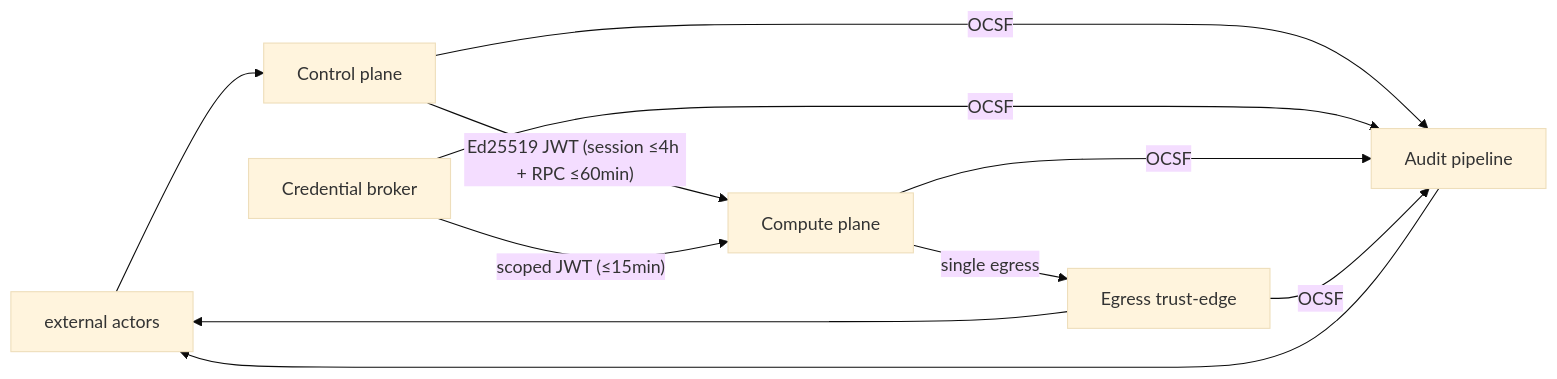
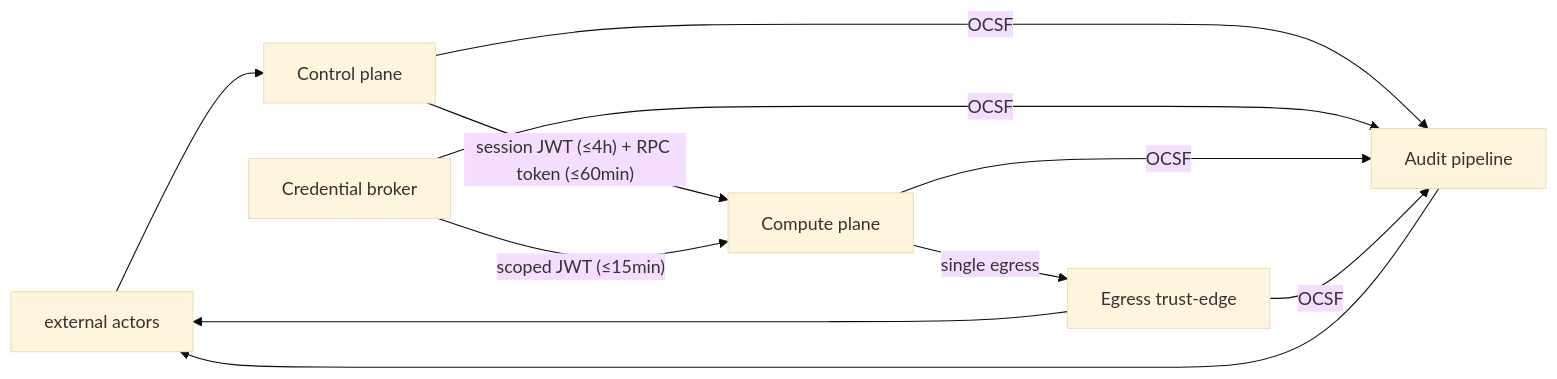
One commit to Wide-Moat/open-computer-use changed the diagram in docs/architecture/02-trust-boundaries.md. Above: the diagram before and after it, drawn with Mermaid (base theme). The commit also changed other lines of this file and 6 other files, not shown here.

First line of the commit message:
docs(architecture): consolidated tree sweep — slop / consistency / scope fixes

````diff
--- a/docs/architecture/02-trust-boundaries.md
+++ b/docs/architecture/02-trust-boundaries.md
@@ -68,16 +66,16 @@
 ```mermaid
 flowchart LR
     EXT[external actors]
     CP[Control plane]
     BR[Credential broker]
     VM[Compute plane]
     EDGE[Egress trust-edge]
     AUDIT[Audit pipeline]
     EXT --> CP
-    CP -- "Ed25519 JWT (session ≤4h + RPC ≤60min)" --> VM
+    CP -- "session JWT (≤4h) + RPC token (≤60min)" --> VM
     BR -- "scoped JWT (≤15min)" --> VM
     VM -- "single egress" --> EDGE
     EDGE --> EXT
     CP & BR & VM & EDGE -- "OCSF" --> AUDIT
     AUDIT --> EXT
 ```
````
